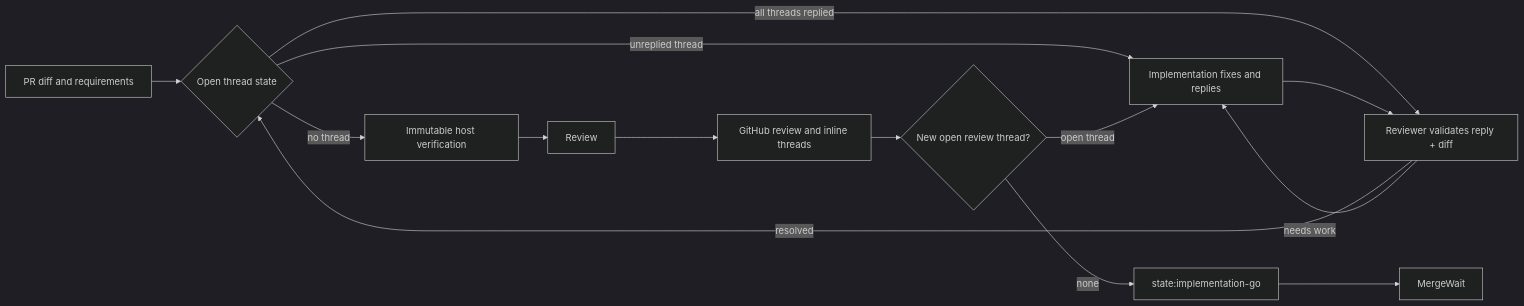
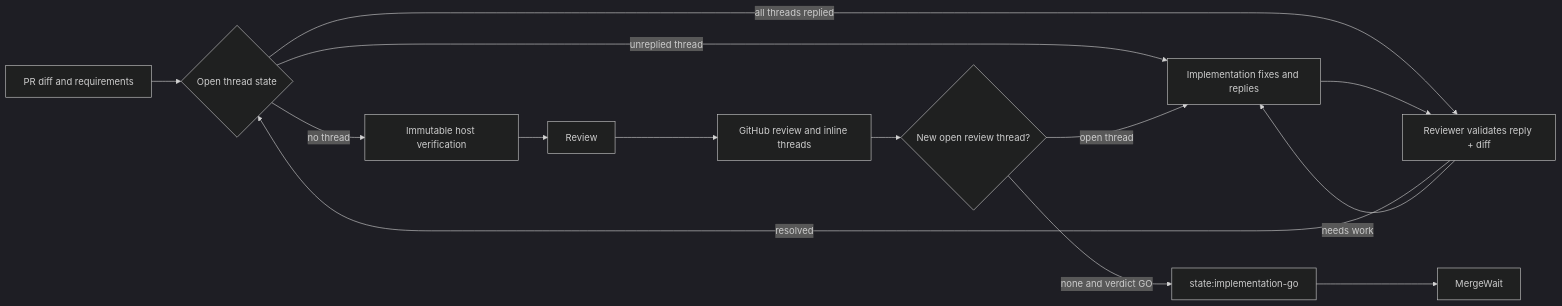
Before and after one commit to HomericIntelligence/Hephaestus: diagram 11 of 16 in docs/architecture.md, drawn with Mermaid (dark theme). The commit also changed other lines of this file and 13 other files, not shown here.

````diff
--- a/docs/architecture.md
+++ b/docs/architecture.md
@@ -1080,15 +1080,15 @@
 ```mermaid
 flowchart LR
     PR["PR diff and requirements"] --> ThreadGate{"Open thread state"}
     ThreadGate -->|"no thread"| Snapshot["Immutable host verification"] --> Review
     ThreadGate -->|"unreplied thread"| Address["Implementation fixes and replies"]
     ThreadGate -->|"all threads replied"| Validate["Reviewer validates reply + diff"]
     Review --> GitHub["GitHub review and inline threads"]
     GitHub --> Gate{"New open review thread?"}
     Gate -->|"open thread"| Address
     Address --> Validate
     Validate -->|"resolved"| ThreadGate
     Validate -->|"needs work"| Address
-    Gate -->|"none"| Approve["state:implementation-go"]
+    Gate -->|"none and verdict GO"| Approve["state:implementation-go"]
     Approve --> MergeWait
 ```
````
